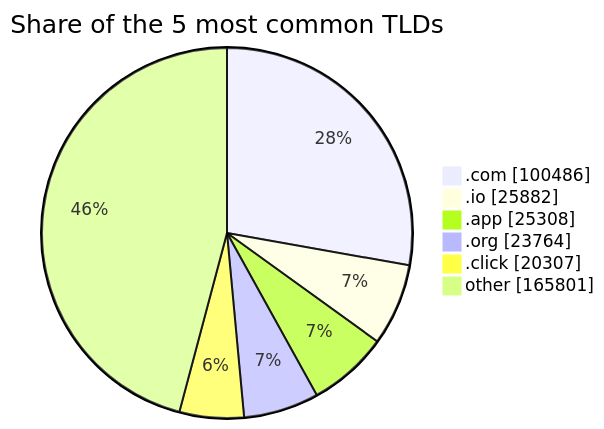
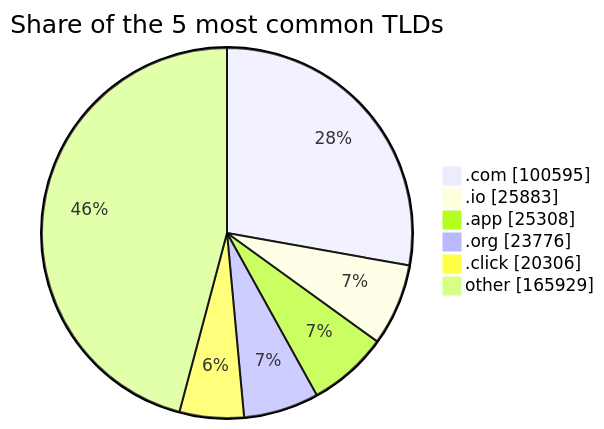
One commit to DNSBunker/CTI changed the third of 3 diagrams in README.md. Above: the diagram before and after it, drawn with Mermaid. The commit also changed other lines of this file and 3 other files, not shown here.

````diff
--- a/README.md
+++ b/README.md
@@ -81,9 +81,9 @@
 ```mermaid
 pie showData title Share of the 5 most common TLDs
-    ".com" : 100486
-    ".io" : 25882
+    ".com" : 100595
+    ".io" : 25883
     ".app" : 25308
-    ".org" : 23764
-    ".click" : 20307
-    "other" : 165801
+    ".org" : 23776
+    ".click" : 20306
+    "other" : 165929
 ```
````
